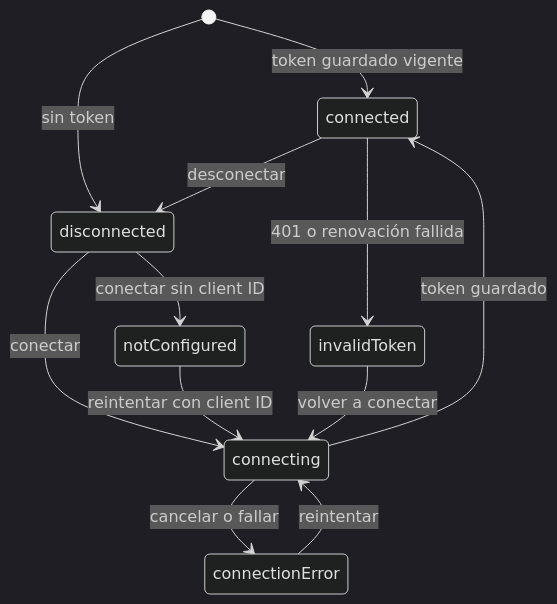
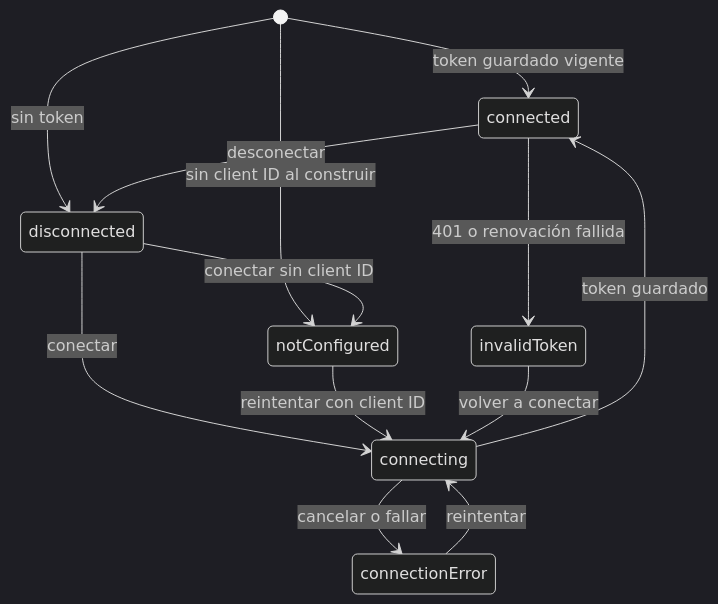
The first of 2 diagrams in aidlc/spaces/default/intents/261105-melodify-mobile-app/construction/u4-spotify-explore/functional-design/functional-spec.md (LTONA16/Melodify), drawn with Mermaid (dark theme) before and after one commit. The commit also changed other lines of this file and 13 other files, not shown here.

````diff
--- a/aidlc/spaces/default/intents/261105-melodify-mobile-app/construction/u4-spotify-explore/functional-design/functional-spec.md
+++ b/aidlc/spaces/default/intents/261105-melodify-mobile-app/construction/u4-spotify-explore/functional-design/functional-spec.md
@@ -83,14 +83,15 @@
 ```mermaid
 stateDiagram-v2
   [*] --> connected: token guardado vigente
   [*] --> disconnected: sin token
+  [*] --> notConfigured: sin client ID al construir
   disconnected --> connecting: conectar
   disconnected --> notConfigured: conectar sin client ID
   notConfigured --> connecting: reintentar con client ID
   connecting --> connected: token guardado
   connecting --> connectionError: cancelar o fallar
   connectionError --> connecting: reintentar
   connected --> disconnected: desconectar
   connected --> invalidToken: 401 o renovación fallida
   invalidToken --> connecting: volver a conectar
 ```
````
